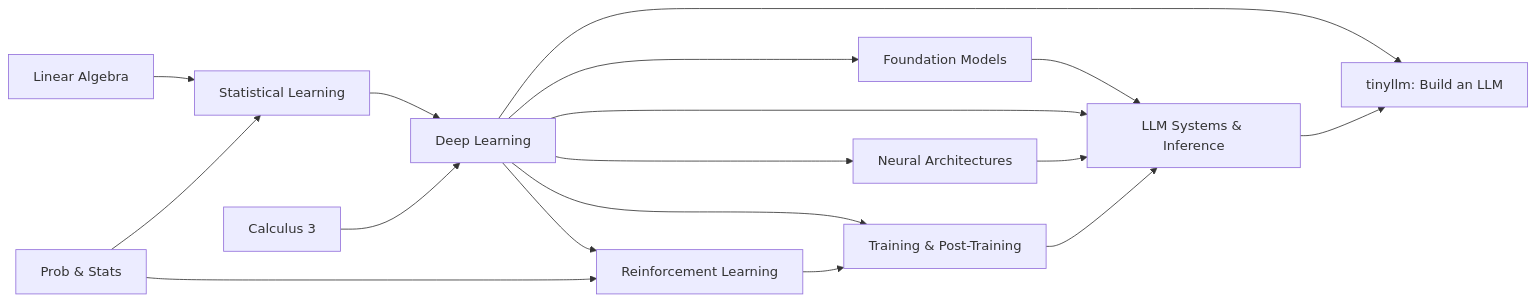
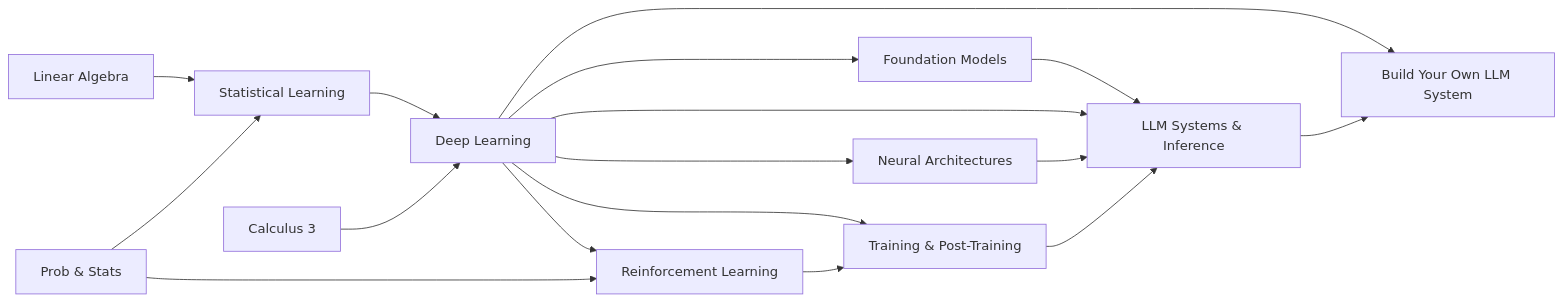
One commit to urmzd/openlearn changed the diagram in content/courses/machine-learning/README.md. Above: the diagram before and after it, drawn with Mermaid. The commit also changed other lines of this file and 139 other files, not shown here.

````diff
--- a/content/courses/machine-learning/README.md
+++ b/content/courses/machine-learning/README.md
@@ -9,19 +24,19 @@
 ```mermaid
 graph LR
     LA[Linear Algebra] --> SL[Statistical Learning]
     PS[Prob & Stats] --> SL
     SL --> DL[Deep Learning]
     C3[Calculus 3] --> DL
     DL --> RL[Reinforcement Learning]
     PS --> RL
     DL --> FM[Foundation Models]
     FM --> LLM[LLM Systems & Inference]
     DL --> LLM
     DL --> NA[Neural Architectures]
     NA --> LLM
     DL --> TPT[Training & Post-Training]
     RL --> TPT
     TPT --> LLM
-    DL --> TL[tinyllm: Build an LLM]
+    DL --> TL[Build Your Own LLM System]
     LLM --> TL
 ```
````
